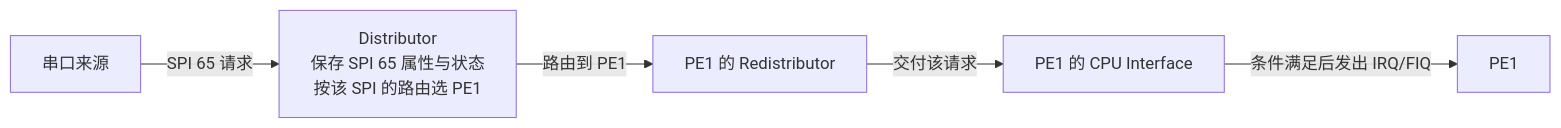
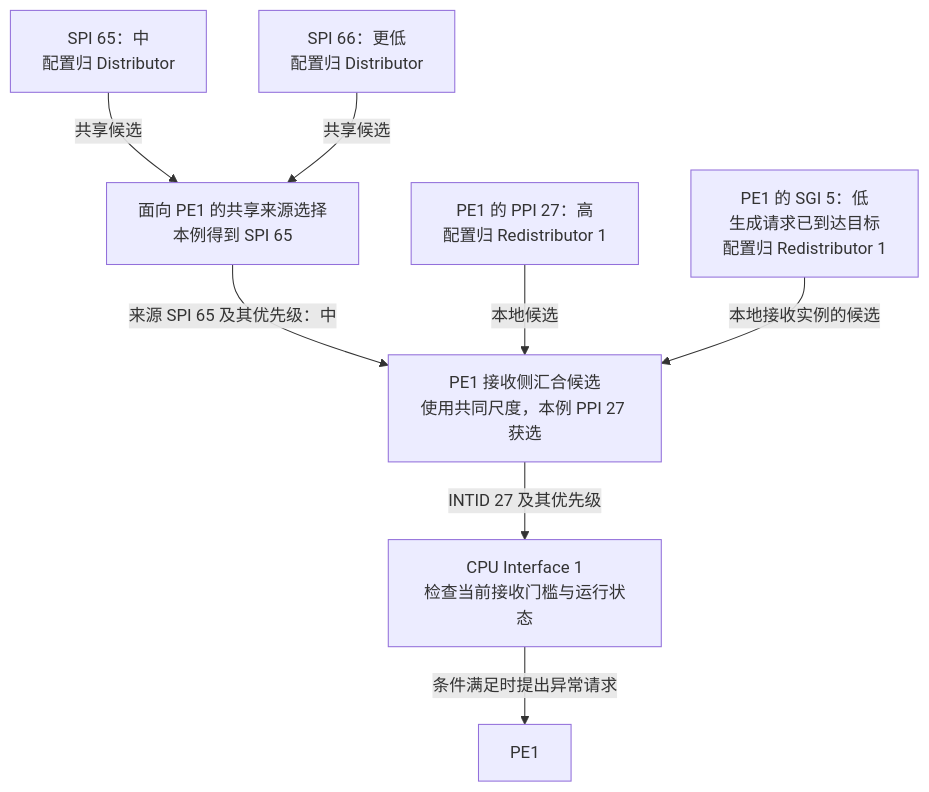
The second of 4 diagrams in platforms/arm/architecture/gic/P03_多核角色与架构编程接口.md (FormingSystem/linux_note), drawn with Mermaid before and after one commit. The commit also changed other lines of this file and 30 other files, not shown here.

````diff
--- a/platforms/arm/architecture/gic/P03_多核角色与架构编程接口.md
+++ b/platforms/arm/architecture/gic/P03_多核角色与架构编程接口.md
@@ -102,7 +120,10 @@
 ```mermaid
-flowchart LR
-    uart["串口来源"] -->|"SPI 65 请求"| distributor["Distributor<br/>保存 SPI 65 属性与状态<br/>按该 SPI 的路由选 PE1"]
-    distributor -->|"路由到 PE1"| redist1["PE1 的 Redistributor"]
-    redist1 -->|"交付该请求"| interface1["PE1 的 CPU Interface"]
-    interface1 -->|"条件满足后发出 IRQ/FIQ"| pe1["PE1"]
+flowchart TB
+    spi65["SPI 65：中<br/>配置归 Distributor"] -->|"共享候选"| shared["面向 PE1 的共享来源选择<br/>本例得到 SPI 65"]
+    spi66["SPI 66：更低<br/>配置归 Distributor"] -->|"共享候选"| shared
+    shared -->|"来源 SPI 65 及其优先级：中"| merge["PE1 接收侧汇合候选<br/>使用共同尺度，本例 PPI 27 获选"]
+    ppi27["PE1 的 PPI 27：高<br/>配置归 Redistributor 1"] -->|"本地候选"| merge
+    sgi5["PE1 的 SGI 5：低<br/>生成请求已到达目标<br/>配置归 Redistributor 1"] -->|"本地接收实例的候选"| merge
+    merge -->|"INTID 27 及其优先级"| ci1["CPU Interface 1<br/>检查当前接收门槛与运行状态"]
+    ci1 -->|"条件满足时提出异常请求"| pe1["PE1"]
 ```
````
